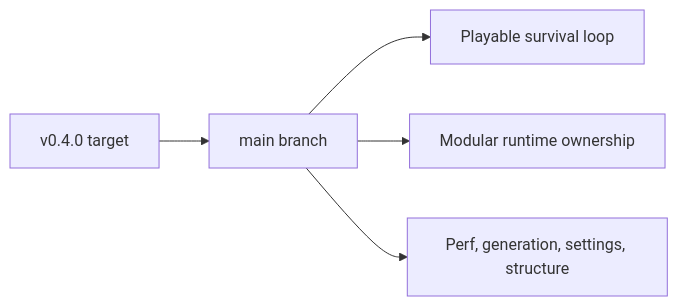
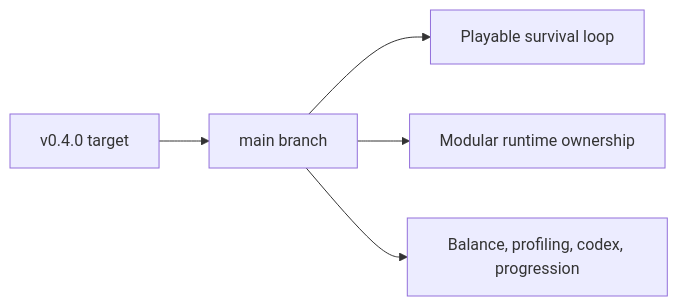
One commit to AlexAgo83/emberwake changed the second of 11 diagrams in README.md. Above: the diagram before and after it, drawn with Mermaid. The commit also changed other lines of this file, not shown here.

````diff
--- a/README.md
+++ b/README.md
@@ -48,7 +56,7 @@
 ```mermaid
 flowchart LR
     Release[v0.4.0 target] --> Main[main branch]
     Main --> Playable[Playable survival loop]
     Main --> Modular[Modular runtime ownership]
-    Main --> Next[Perf, generation, settings, structure]
+    Main --> Next[Balance, profiling, codex, progression]
 ```
````
